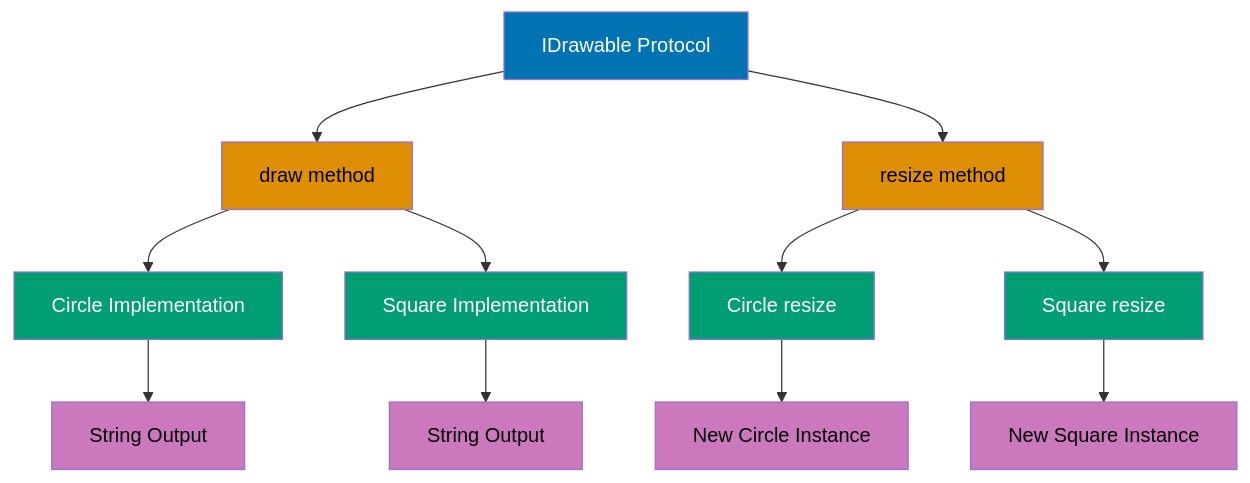
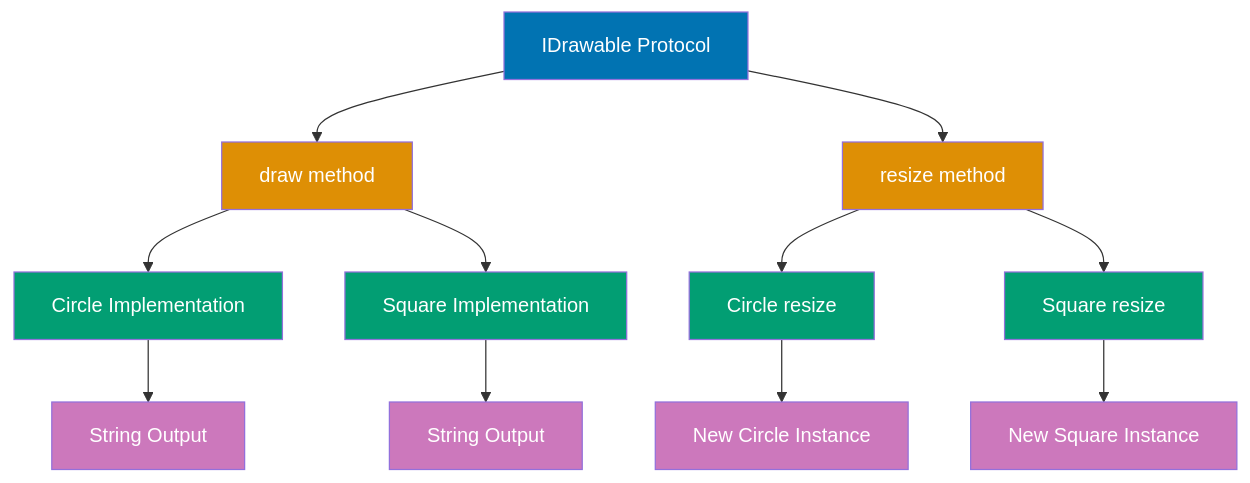
One commit to wahidyankf/open-sharia-enterprise changed the second of 10 diagrams in apps/ayokoding-web/content/en/learn/software-engineering/programming-languages/clojure/by-example/intermediate.md. Above: the diagram before and after it, drawn with Mermaid. The commit also changed other lines of this file and 61 other files, not shown here.

First line of the commit message:
fix(ayokoding-web): quote Mermaid node labels with special characters in Example 63

````diff
--- a/apps/ayokoding-web/content/en/learn/software-engineering/programming-languages/clojure/by-example/intermediate.md
+++ b/apps/ayokoding-web/content/en/learn/software-engineering/programming-languages/clojure/by-example/intermediate.md
@@ -69,26 +69,26 @@
 ```mermaid
 %% Protocol implementation flow
 graph TD
     A[IDrawable Protocol] --> B[draw method]
     A --> C[resize method]
     B --> D[Circle Implementation]
     B --> E[Square Implementation]
     C --> F[Circle resize]
     C --> G[Square resize]
     D --> H[String Output]
     E --> I[String Output]
     F --> J[New Circle Instance]
     G --> K[New Square Instance]
 
     style A fill:#0173B2,color:#fff
-    style B fill:#DE8F05,color:#000
-    style C fill:#DE8F05,color:#000
+    style B fill:#DE8F05,color:#fff
+    style C fill:#DE8F05,color:#fff
     style D fill:#029E73,color:#fff
     style E fill:#029E73,color:#fff
     style F fill:#029E73,color:#fff
     style G fill:#029E73,color:#fff
-    style H fill:#CC78BC,color:#000
-    style I fill:#CC78BC,color:#000
-    style J fill:#CC78BC,color:#000
-    style K fill:#CC78BC,color:#000
+    style H fill:#CC78BC,color:#fff
+    style I fill:#CC78BC,color:#fff
+    style J fill:#CC78BC,color:#fff
+    style K fill:#CC78BC,color:#fff
 ```
````
